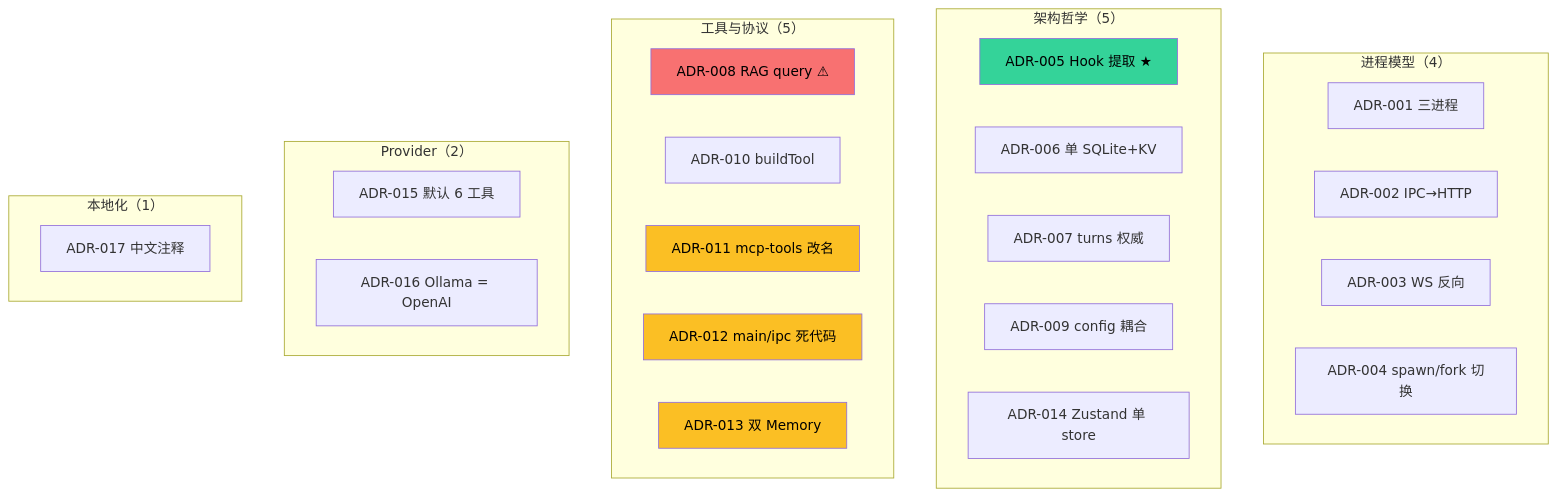
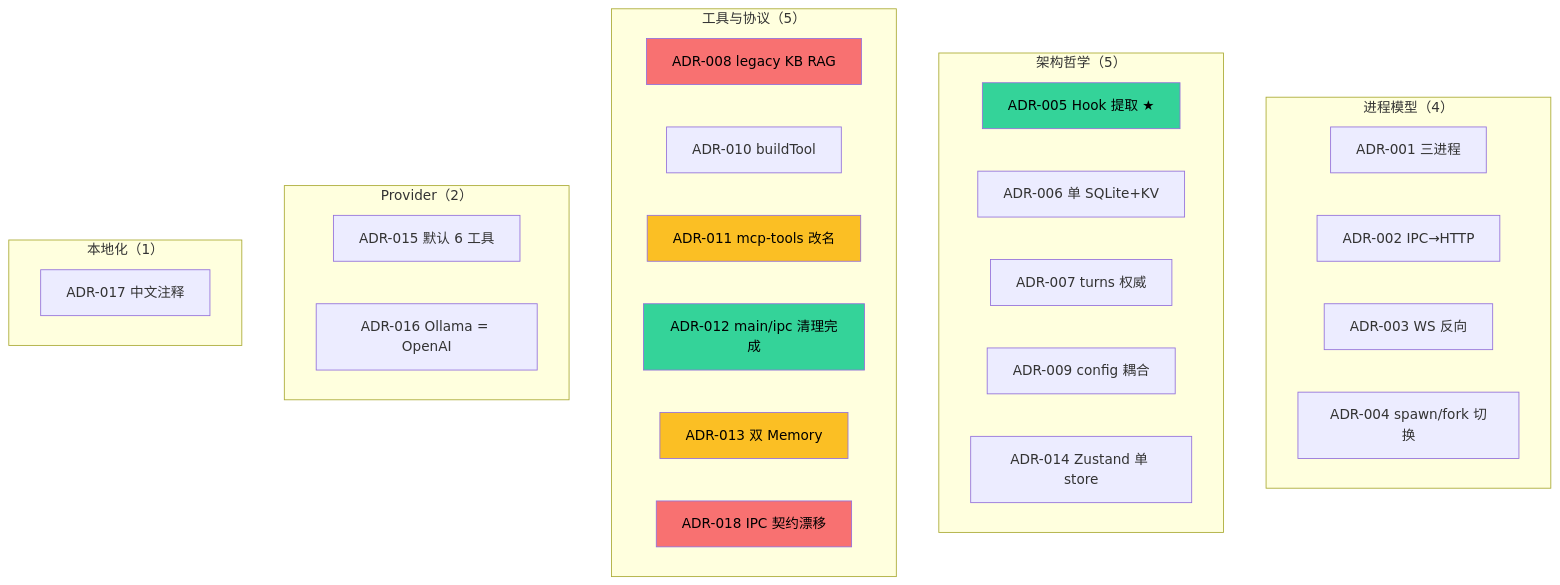
The second of 2 diagrams in docs/arch/09-extension-points-and-adrs.md (LanicBlue/zero-core), drawn with Mermaid before and after one commit. The commit also changed other lines of this file and 53 other files, not shown here.

````diff
--- a/docs/arch/09-extension-points-and-adrs.md
+++ b/docs/arch/09-extension-points-and-adrs.md
@@ -125,36 +129,38 @@
 ```mermaid
 graph TB
     subgraph "进程模型（4）"
         A1[ADR-001 三进程]
         A2[ADR-002 IPC→HTTP]
         A3[ADR-003 WS 反向]
         A4[ADR-004 spawn/fork 切换]
     end
     subgraph "架构哲学（5）"
         B1[ADR-005 Hook 提取 ★]
         B2[ADR-006 单 SQLite+KV]
         B3[ADR-007 turns 权威]
         B4[ADR-009 config 耦合]
         B5[ADR-014 Zustand 单 store]
     end
     subgraph "工具与协议（5）"
-        C1[ADR-008 RAG query ⚠]
+        C1[ADR-008 legacy KB RAG]
         C2[ADR-010 buildTool]
         C3[ADR-011 mcp-tools 改名]
-        C4[ADR-012 main/ipc 死代码]
+        C4[ADR-012 main/ipc 清理完成]
         C5[ADR-013 双 Memory]
+        C6[ADR-018 IPC 契约漂移]
     end
     subgraph "Provider（2）"
         D1[ADR-015 默认 6 工具]
         D2[ADR-016 Ollama = OpenAI]
     end
     subgraph "本地化（1）"
         E1[ADR-017 中文注释]
     end
 
     style B1 fill:#34d399,color:#000
     style C1 fill:#f87171,color:#000
     style C3 fill:#fbbf24,color:#000
-    style C4 fill:#fbbf24,color:#000
+    style C4 fill:#34d399,color:#000
     style C5 fill:#fbbf24,color:#000
+    style C6 fill:#f87171,color:#000
 ```
````
